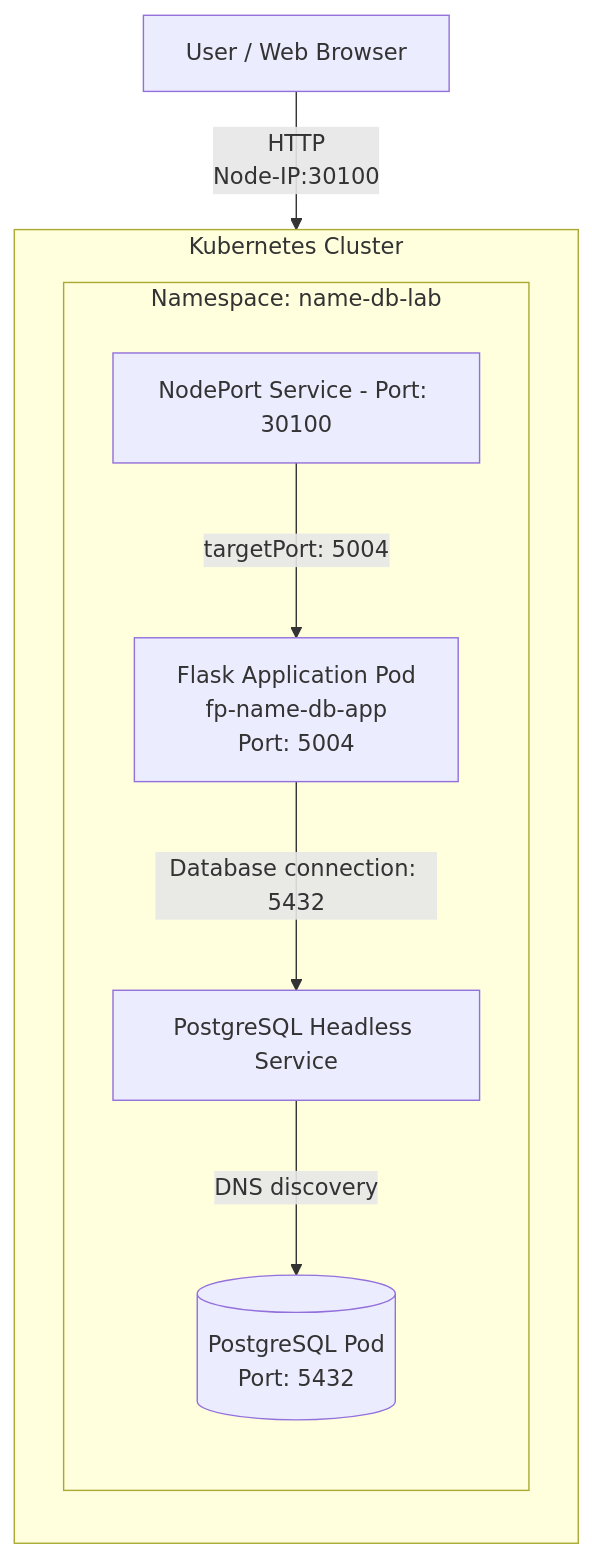
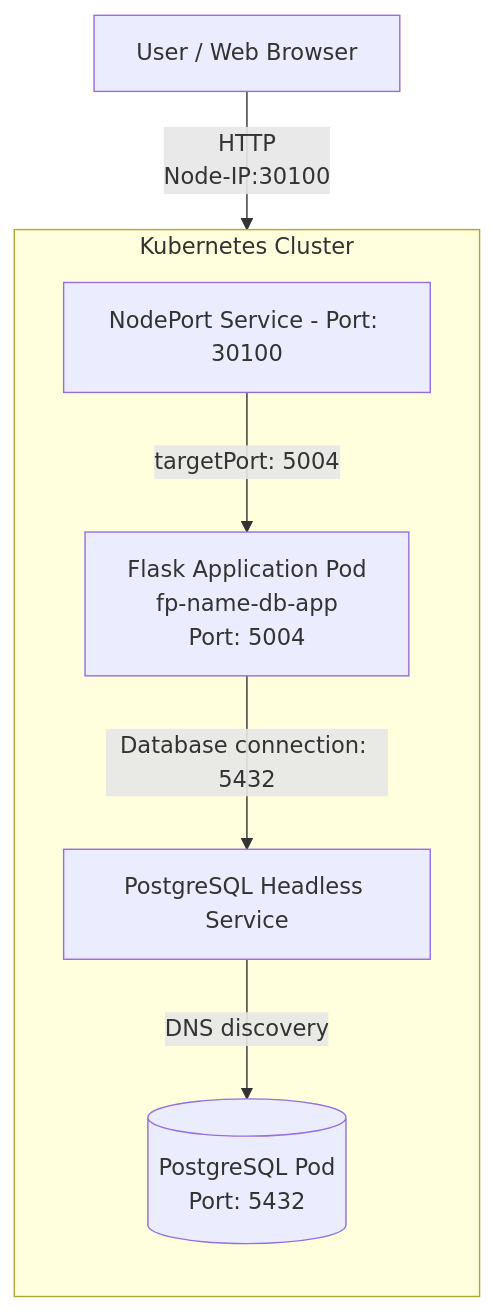
One commit to b-ShakeriFard/microservices changed the diagram in postgres-flask-sample01/README.md. Above: the diagram before and after it, drawn with Mermaid. The commit also changed other lines of this file, not shown here.

````diff
--- a/postgres-flask-sample01/README.md
+++ b/postgres-flask-sample01/README.md
@@ -14,26 +14,25 @@
 ```mermaid
 flowchart TB
     User["User / Web Browser"]
 
     subgraph K3S["Kubernetes Cluster"]
         direction TB
 
-        subgraph NS["Namespace: name-db-lab"]
-            direction TB
+    
 
             NodePort["NodePort Service - Port: 30100"]
 
             Flask["Flask Application Pod<br/>fp-name-db-app<br/>Port: 5004"]
 
             Headless["PostgreSQL Headless Service"]
 
             PostgreSQL[("PostgreSQL Pod<br/>Port: 5432")]
 
             NodePort -->|"targetPort: 5004"| Flask
             Flask -->|"Database connection: 5432"| Headless
             Headless -->|"DNS discovery"| PostgreSQL
-        end
+        
     end
 
     User -->|"HTTP<br/>Node-IP:30100"| NodePort
 ```
````
